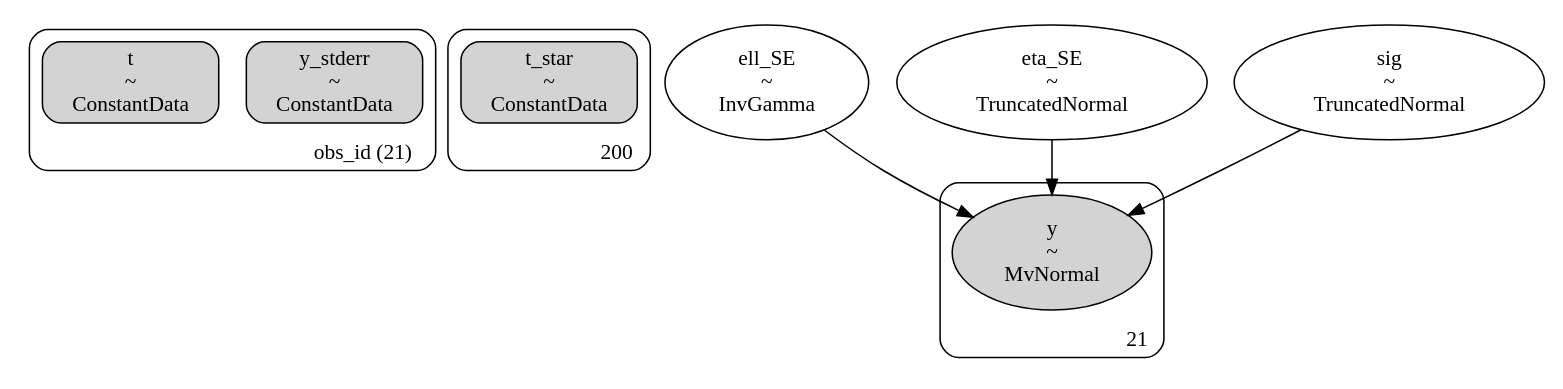
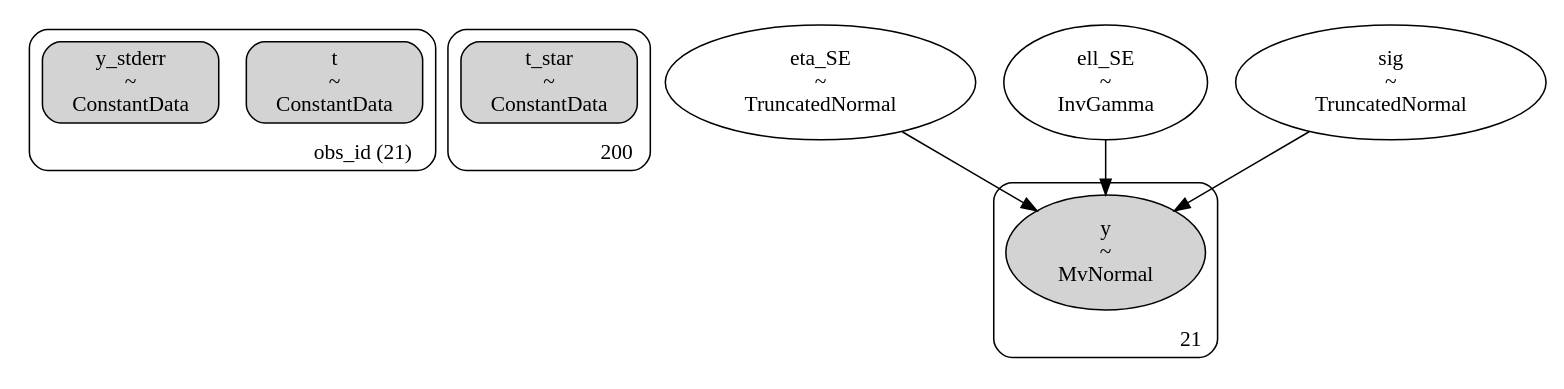
Before and after one commit to shihchingfu/gp-sandbox-thunderkat: the diagram in dags/428_ra236.530_dec-46.922_4U1543TraPDB_andersson_se0_dag.dot, drawn with Graphviz. The commit also changed other lines of this file and 14 other files, not shown here.

```diff
--- a/dags/428_ra236.530_dec-46.922_4U1543TraPDB_andersson_se0_dag.dot
+++ b/dags/428_ra236.530_dec-46.922_4U1543TraPDB_andersson_se0_dag.dot
@@ -1,35 +1,35 @@
 digraph {
 	subgraph "clusterobs_id (21)" {
-		y_stderr [label="y_stderr
+		t [label="t
 ~
 ConstantData" shape=box style="rounded, filled"]
-		t [label="t
+		y_stderr [label="y_stderr
 ~
 ConstantData" shape=box style="rounded, filled"]
 		label="obs_id (21)" labeljust=r labelloc=b style=rounded
 	}
 	subgraph cluster200 {
 		t_star [label="t_star
 ~
 ConstantData" shape=box style="rounded, filled"]
 		label=200 labeljust=r labelloc=b style=rounded
 	}
+	eta_SE [label="eta_SE
+~
+TruncatedNormal" shape=ellipse]
 	ell_SE [label="ell_SE
 ~
 InvGamma" shape=ellipse]
-	eta_SE [label="eta_SE
-~
-TruncatedNormal" shape=ellipse]
 	sig [label="sig
 ~
 TruncatedNormal" shape=ellipse]
 	subgraph cluster21 {
 		y [label="y
 ~
 MvNormal" shape=ellipse style=filled]
 		label=21 labeljust=r labelloc=b style=rounded
 	}
+	eta_SE -> y
 	ell_SE -> y
-	eta_SE -> y
 	sig -> y
 }
```
